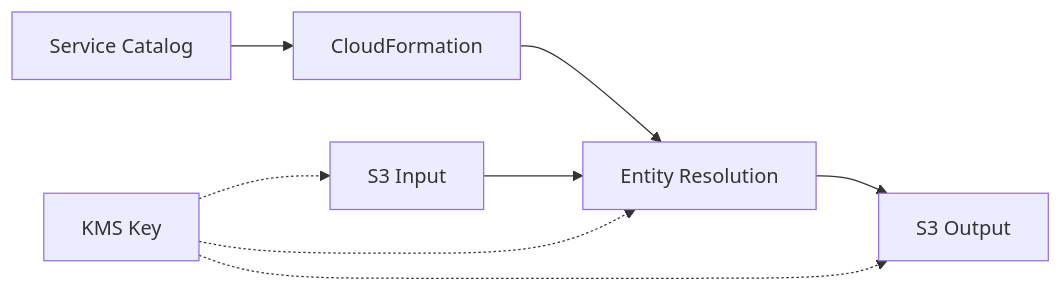
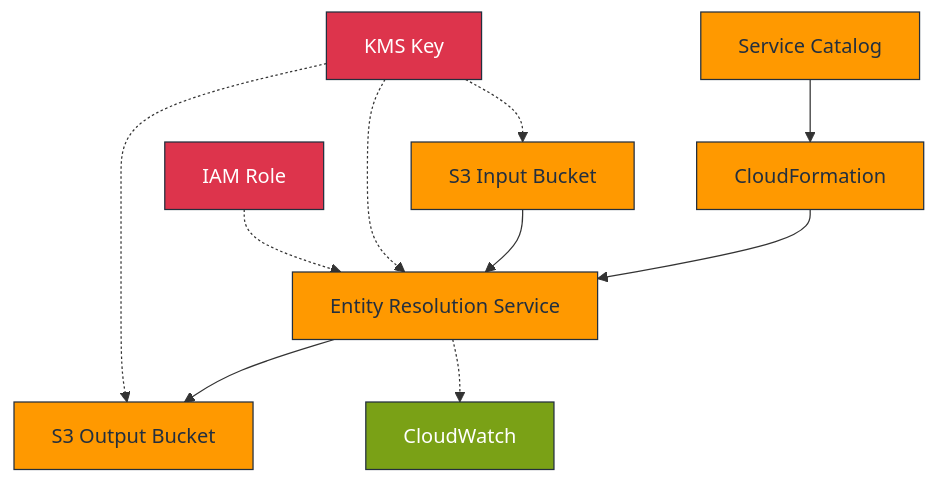
The diagram in README.md (hughy603/aws-entityresolution2), drawn with Mermaid before and after one commit. The commit also changed other lines of this file and 3 other files, not shown here.

````diff
--- a/README.md
+++ b/README.md
@@ -20,10 +21,26 @@
 ```mermaid
-graph LR
-    A[Service Catalog] --> B[CloudFormation]
-    B --> C[Entity Resolution]
-    D[S3 Input] --> C
-    C --> E[S3 Output]
-    F[KMS Key] -.-> D
-    F -.-> E
-    F -.-> C
+graph TD
+    %% Core Components
+    SC[Service Catalog] --> CF[CloudFormation]
+    CF --> ER[Entity Resolution Service]
+    S3I[S3 Input Bucket] --> ER
+    ER --> S3O[S3 Output Bucket]
+
+    %% Security
+    KMS[KMS Key] -.-> S3I
+    KMS -.-> S3O
+    KMS -.-> ER
+    IAM[IAM Role] -.-> ER
+
+    %% Monitoring
+    ER -.-> CW[CloudWatch]
+
+    %% Classification
+    classDef aws fill:#FF9900,stroke:#232F3E,color:#232F3E
+    classDef security fill:#DD344C,stroke:#232F3E,color:white
+    classDef monitoring fill:#7AA116,stroke:#232F3E,color:white
+
+    class SC,CF,ER,S3I,S3O aws
+    class KMS,IAM security
+    class CW monitoring
 ```
````
